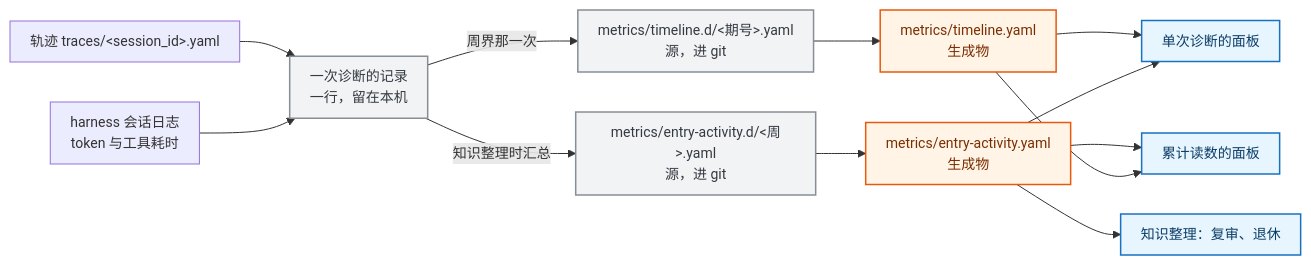
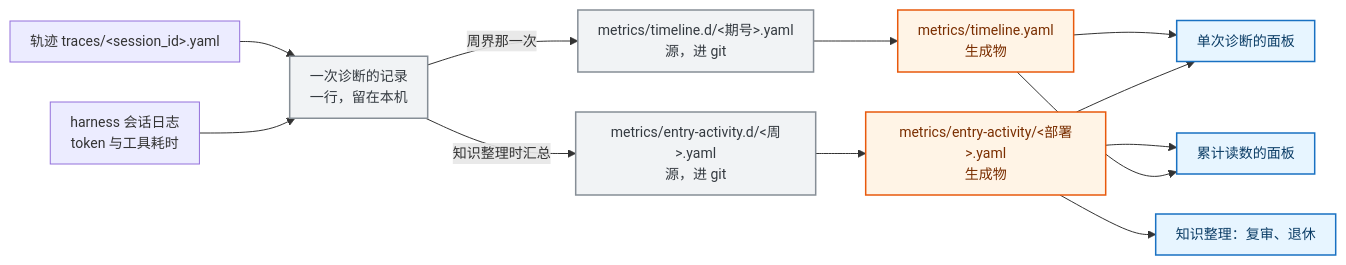
Before and after one commit to Bowen-Leee/ascend-sleuth: the first of 4 diagrams in docs/mechanism/diagnosis-observability.md, drawn with Mermaid. The commit also changed other lines of this file and 1 other file, not shown here.

````diff
--- a/docs/mechanism/diagnosis-observability.md
+++ b/docs/mechanism/diagnosis-observability.md
@@ -39,22 +39,22 @@
 ```mermaid
 %%{init: {'themeVariables':{'fontSize':'14px'},'flowchart':{'curve':'basis','nodeSpacing':40,'rankSpacing':50,'padding':10}}}%%
 flowchart LR
     TR["轨迹 traces/&lt;session_id&gt;.yaml"] --> EP["一次诊断的记录<br/>一行，留在本机"]
     LG["harness 会话日志<br/>token 与工具耗时"] --> EP
     EP -->|"知识整理时汇总"| PF["metrics/entry-activity.d/&lt;周&gt;.yaml<br/>源，进 git"]
-    PF --> EA["metrics/entry-activity.yaml<br/>生成物"]
+    PF --> EA["metrics/entry-activity/&lt;部署&gt;.yaml<br/>生成物"]
     EP -->|"周界那一次"| TD["metrics/timeline.d/&lt;期号&gt;.yaml<br/>源，进 git"]
     TD --> TI["metrics/timeline.yaml<br/>生成物"]
     TI --> V1["单次诊断的面板"]
     EA --> V1
     EA --> V2["累计读数的面板"]
     TI --> V2
     EA --> GR["知识整理：复审、退休"]
 
     classDef store fill:#f1f3f5,stroke:#868e96,stroke-width:1.5px,color:#343a40
     classDef gen fill:#fff4e6,stroke:#e8590c,stroke-width:1.5px,color:#7a2e00
     classDef view fill:#e7f5ff,stroke:#1971c2,stroke-width:1.5px,color:#0b3d66
     class EP,PF,TD store
     class EA,TI gen
     class V1,V2,GR view
 ```
````
